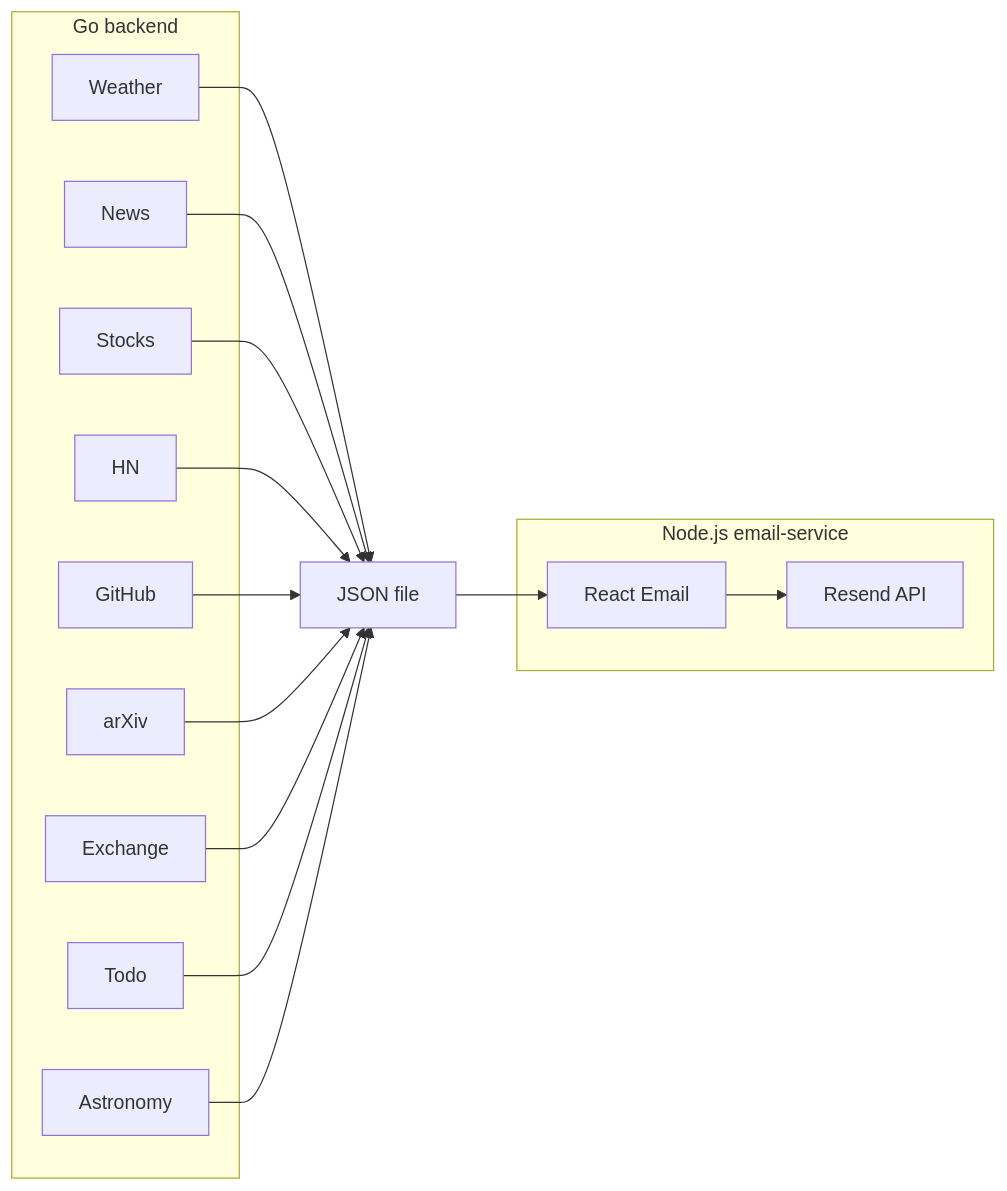
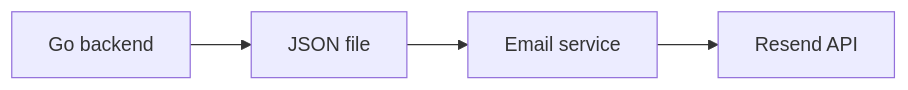
One commit to ziyixi/newsletter changed the first of 2 diagrams in README.md. Above: the diagram before and after it, drawn with Mermaid. The commit also changed other lines of this file and 5 other files, not shown here.

````diff
--- a/README.md
+++ b/README.md
@@ -7,13 +7,6 @@
 ```mermaid
-graph LR
-    subgraph "Go backend"
-        W[Weather] & N[News] & S[Stocks] & H[HN] & G[GitHub] & A[arXiv] & E[Exchange] & T[Todo] & As[Astronomy]
-    end
-
-    subgraph "Node.js email-service"
-        R[React Email] --> Re[Resend API]
-    end
-
-    W & N & S & H & G & A & E & T & As --> J["JSON file"]
-    J --> R
+flowchart LR
+    Backend[Go backend] --> JSON[JSON file]
+    JSON --> Email[Email service]
+    Email --> Resend[Resend API]
 ```
````
